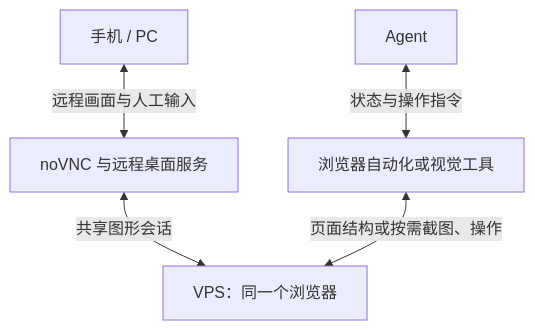
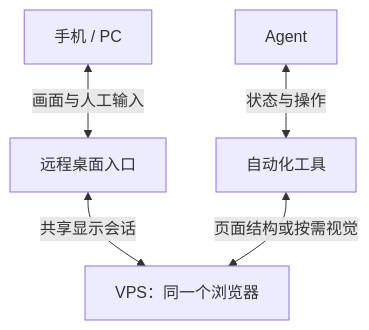
The diagram in profiles/default/content/zh/notes/chatgpt-dots-agent-harness-agent-codex-agent.mdx (Nunchakus888/dossierkit), drawn with Mermaid before and after one commit. The commit also changed other lines of this file, not shown here.

Commit message:
Update note: 给 AI Agent 一台能随时接管的电脑：开源方案与 VPS 实战

````diff
--- a/profiles/default/content/zh/notes/chatgpt-dots-agent-harness-agent-codex-agent.mdx
+++ b/profiles/default/content/zh/notes/chatgpt-dots-agent-harness-agent-codex-agent.mdx
@@ -37,7 +36,7 @@
 ```mermaid
 flowchart TB
-    H[手机 / PC] <-->|远程画面与人工输入| R[noVNC 与远程桌面服务]
-    A[Agent] <-->|状态与操作指令| T[浏览器自动化或视觉工具]
-    R <-->|共享图形会话| B[VPS：同一个浏览器]
-    T <-->|页面结构或按需截图、操作| B
+    H[手机 / PC] <-->|画面与人工输入| R[远程桌面入口]
+    A[Agent] <-->|状态与操作| T[自动化工具]
+    R <-->|共享显示会话| B[VPS：同一个浏览器]
+    T <-->|页面结构或按需视觉| B
 ```
````
